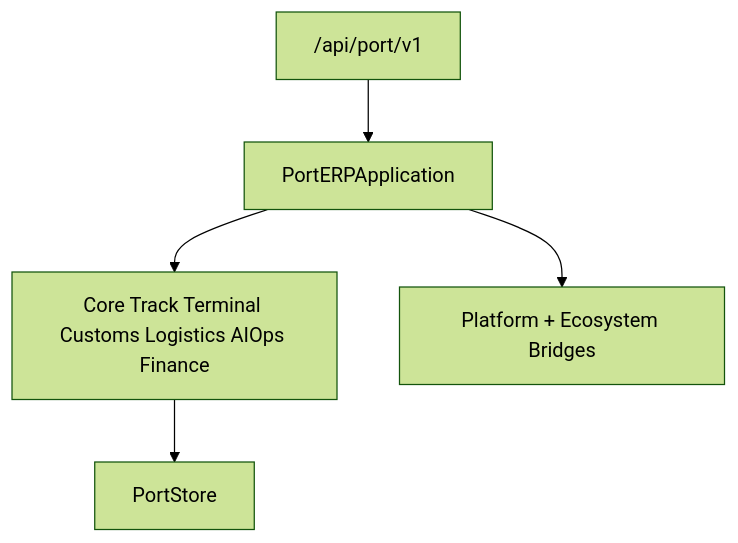
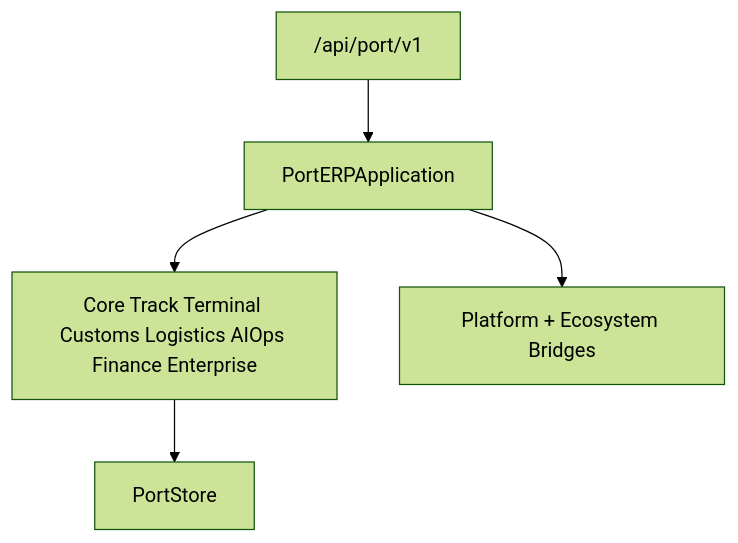
Before and after one commit to okeysiri11/telegram-ai-crm-bot: the diagram in docs/PORT_ERP.md, drawn with Mermaid (forest theme). The commit also changed other lines of this file and 42 other files, not shown here.

````diff
--- a/docs/PORT_ERP.md
+++ b/docs/PORT_ERP.md
@@ -19,10 +20,10 @@
 ```mermaid
 flowchart TB
     API["/api/port/v1"]
     App[PortERPApplication]
-    Domains[Core Track Terminal Customs Logistics AIOps Finance]
+    Domains[Core Track Terminal Customs Logistics AIOps Finance Enterprise]
     Bridges[Platform + Ecosystem Bridges]
     Store[PortStore]
     API --> App --> Domains --> Store
     App --> Bridges
 ```
````
